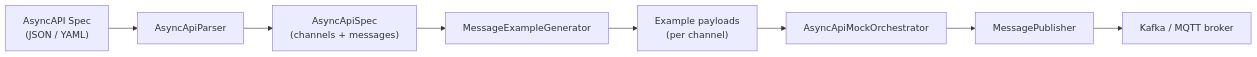
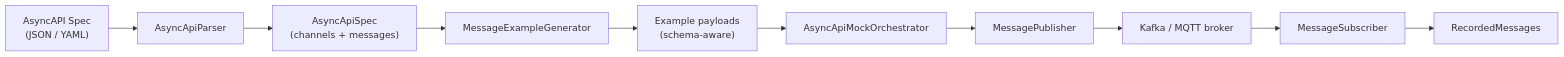
The first of 2 diagrams in docs/code/async-messaging.md (sean8601/mockserver-monorepo), drawn with Mermaid before and after one commit. The commit also changed other lines of this file and 29 other files, not shown here.

````diff
--- a/docs/code/async-messaging.md
+++ b/docs/code/async-messaging.md
@@ -9,10 +9,12 @@
 ```mermaid
 flowchart LR
     A["AsyncAPI Spec\n(JSON / YAML)"] --> B["AsyncApiParser"]
     B --> C["AsyncApiSpec\n(channels + messages)"]
     C --> D["MessageExampleGenerator"]
-    D --> E["Example payloads\n(per channel)"]
+    D --> E["Example payloads\n(schema-aware)"]
     E --> F["AsyncApiMockOrchestrator"]
     F --> G["MessagePublisher"]
     G --> H["Kafka / MQTT broker"]
+    H --> I["MessageSubscriber"]
+    I --> J["RecordedMessages"]
 ```
````
